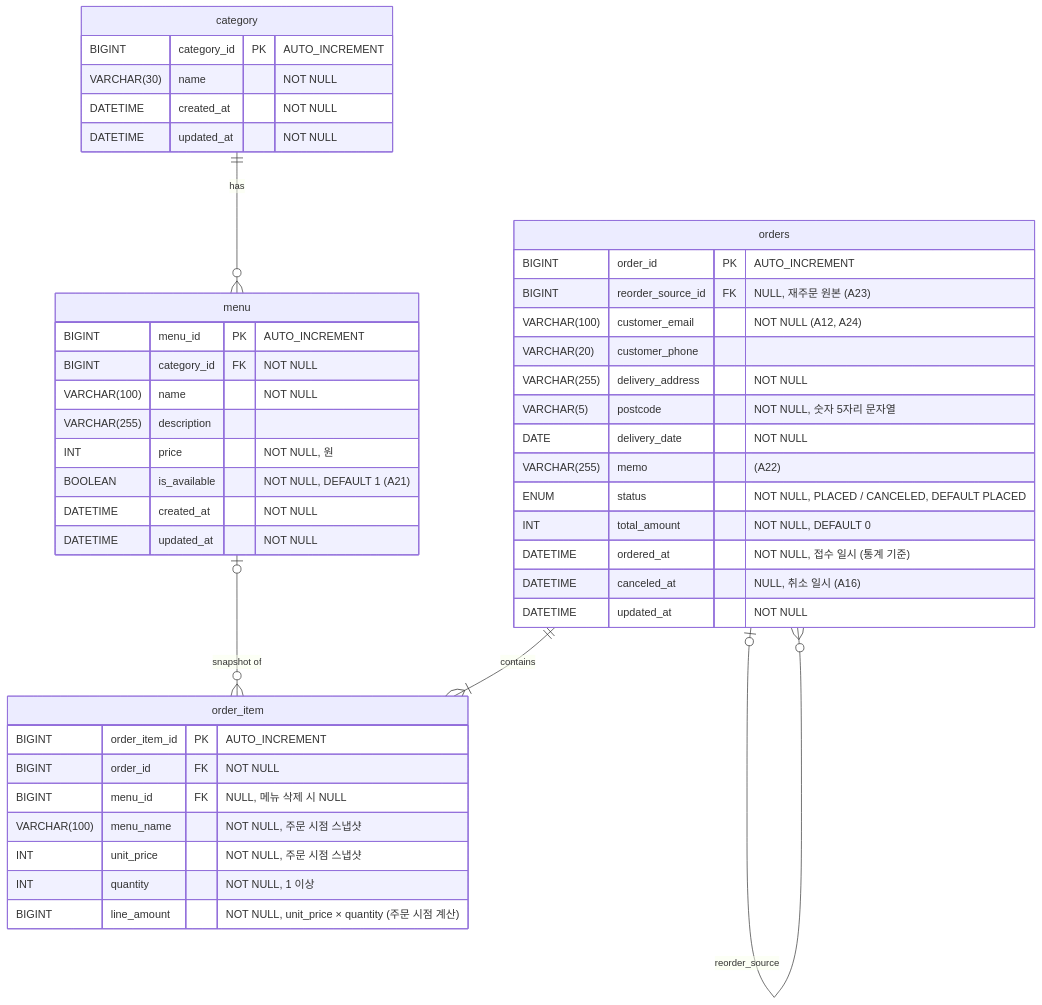
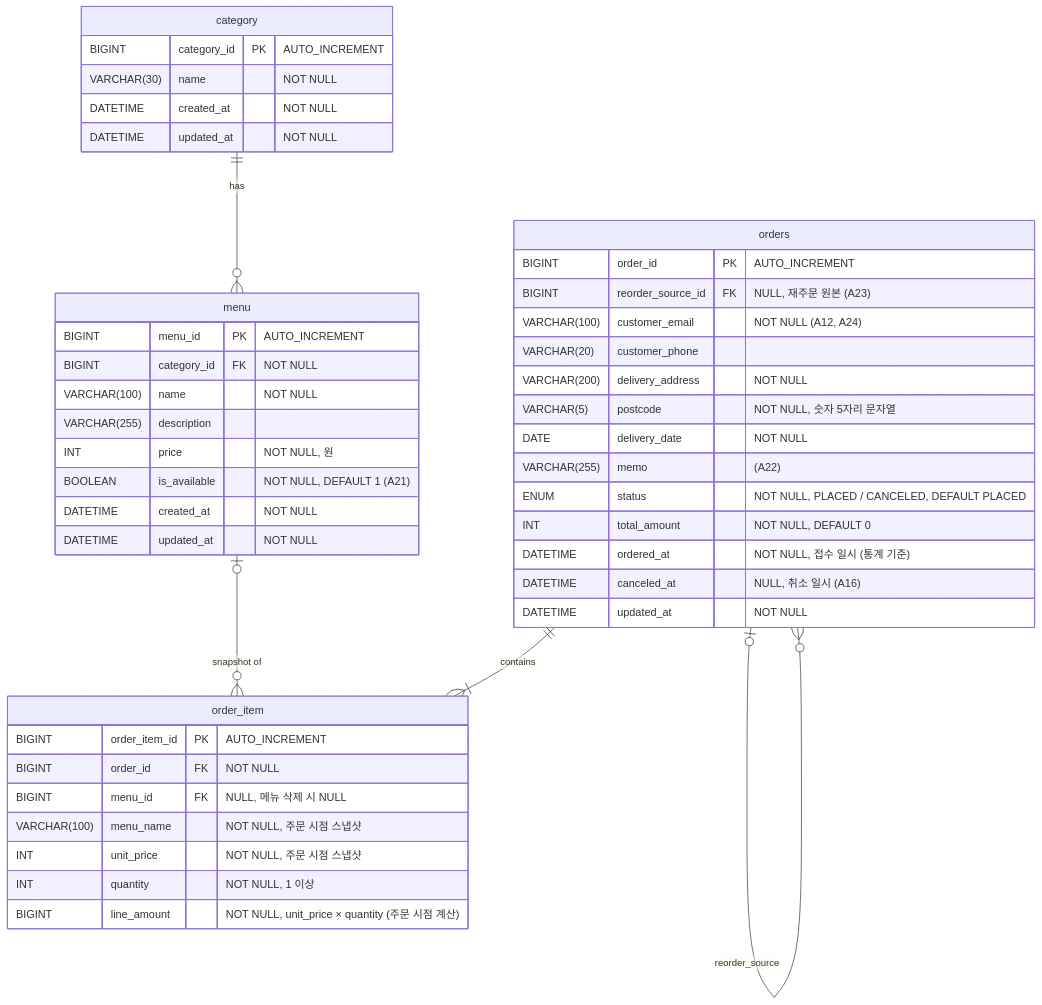
The diagram in docs/ERD.md (prgrms-be-devcourse/NBE13-15-1-team04), drawn with Mermaid before and after one commit. The commit also changed 7 other files, not shown here.

````diff
--- a/docs/ERD.md
+++ b/docs/ERD.md
@@ -5,51 +5,51 @@
 ```mermaid
 erDiagram
     category ||--o{ menu : "has"
     orders ||--|{ order_item : "contains"
     menu |o--o{ order_item : "snapshot of"
     orders |o--o{ orders : "reorder_source"
 
     category {
         BIGINT category_id PK "AUTO_INCREMENT"
         VARCHAR(30) name "NOT NULL"
         DATETIME created_at "NOT NULL"
         DATETIME updated_at "NOT NULL"
     }
 
     menu {
         BIGINT menu_id PK "AUTO_INCREMENT"
         BIGINT category_id FK "NOT NULL"
         VARCHAR(100) name "NOT NULL"
         VARCHAR(255) description
         INT price "NOT NULL, 원"
         BOOLEAN is_available "NOT NULL, DEFAULT 1 (A21)"
         DATETIME created_at "NOT NULL"
         DATETIME updated_at "NOT NULL"
     }
 
     orders {
         BIGINT order_id PK "AUTO_INCREMENT"
         BIGINT reorder_source_id FK "NULL, 재주문 원본 (A23)"
         VARCHAR(100) customer_email "NOT NULL (A12, A24)"
         VARCHAR(20) customer_phone
-        VARCHAR(255) delivery_address "NOT NULL"
+        VARCHAR(200) delivery_address "NOT NULL"
         VARCHAR(5) postcode "NOT NULL, 숫자 5자리 문자열"
         DATE delivery_date "NOT NULL"
         VARCHAR(255) memo "(A22)"
         ENUM status "NOT NULL, PLACED / CANCELED, DEFAULT PLACED"
         INT total_amount "NOT NULL, DEFAULT 0"
         DATETIME ordered_at "NOT NULL, 접수 일시 (통계 기준)"
         DATETIME canceled_at "NULL, 취소 일시 (A16)"
         DATETIME updated_at "NOT NULL"
     }
 
     order_item {
         BIGINT order_item_id PK "AUTO_INCREMENT"
         BIGINT order_id FK "NOT NULL"
         BIGINT menu_id FK "NULL, 메뉴 삭제 시 NULL"
         VARCHAR(100) menu_name "NOT NULL, 주문 시점 스냅샷"
         INT unit_price "NOT NULL, 주문 시점 스냅샷"
         INT quantity "NOT NULL, 1 이상"
         BIGINT line_amount "NOT NULL, unit_price × quantity (주문 시점 계산)"
     }
 ```
````
